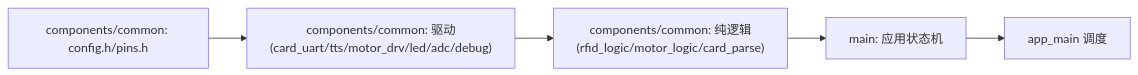
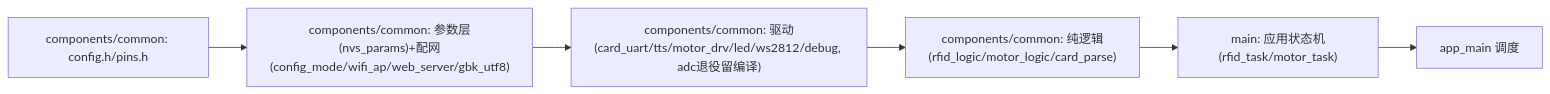
The first of 4 diagrams in docs/知识库/esp32_tts_rtos/03_系统架构.md (KNedwin/stm32-esp32-ai-test-car), drawn with Mermaid before and after one commit. The commit also changed other lines of this file and 205 other files, not shown here.

````diff
--- a/docs/知识库/esp32_tts_rtos/03_系统架构.md
+++ b/docs/知识库/esp32_tts_rtos/03_系统架构.md
@@ -4,7 +4,8 @@
 ```mermaid
 graph LR
-    C["components/common: config.h/pins.h"] --> D["components/common: 驱动(card_uart/tts/motor_drv/led/adc/debug)"]
+    C["components/common: config.h/pins.h"] --> P["components/common: 参数层(nvs_params)+配网(config_mode/wifi_ap/web_server/gbk_utf8)"]
+    P --> D["components/common: 驱动(card_uart/tts/motor_drv/led/ws2812/debug, adc退役留编译)"]
     D --> L["components/common: 纯逻辑(rfid_logic/motor_logic/card_parse)"]
-    L --> A["main: 应用状态机"]
+    L --> A["main: 应用状态机(rfid_task/motor_task)"]
     A --> M["app_main 调度"]
 ```
````
